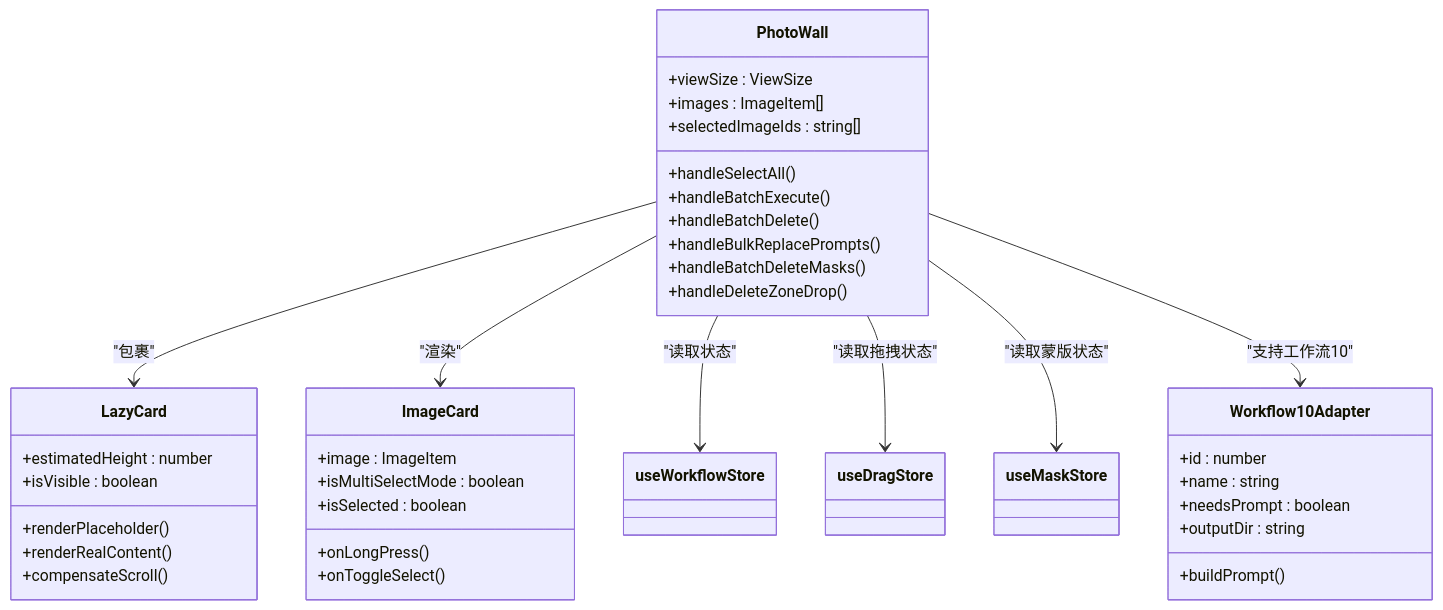
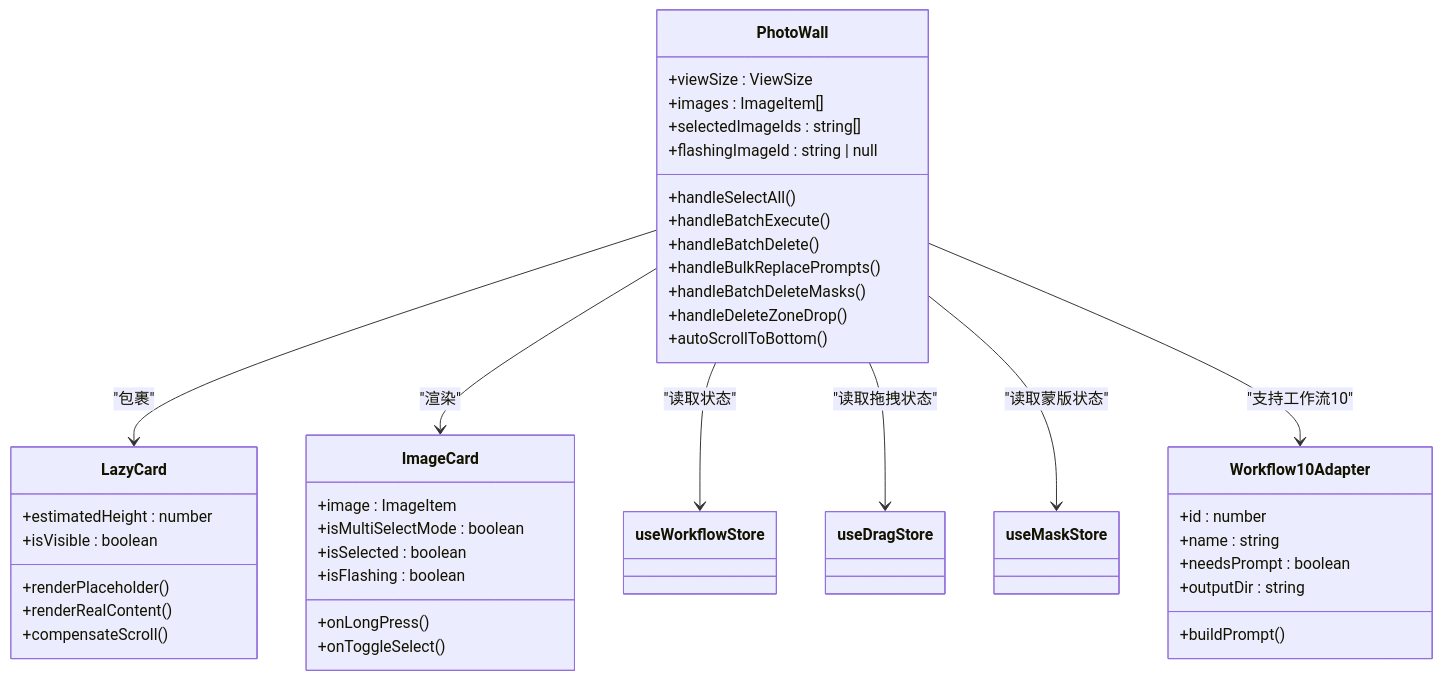
The fourth of 11 diagrams in .qoder/repowiki/zh/content/用户界面组件/核心界面组件/图片墙组件 (PhotoWall).md (billye220670/CorineKit_Pix2Real), drawn with Mermaid before and after one commit. The commit also changed other lines of this file and 10 other files, not shown here.

Commit message:
feat: LoRA触发词右键上下文菜单与未使用检测 - 新增PromptContextMenu多层级右键菜单组件 - 移除侧边栏LoRA触发词文本显示，改为未使用时黄色警告图标 - 提示词输入框右键弹出菜单，支持插入LoRA触发词和标签分类数据 - Text2ImgSidebar和ZITSidebar同步更新

````diff
--- a/.qoder/repowiki/zh/content/用户界面组件/核心界面组件/图片墙组件 (PhotoWall).md
+++ b/.qoder/repowiki/zh/content/用户界面组件/核心界面组件/图片墙组件 (PhotoWall).md
@@ -209,41 +221,44 @@
 ```mermaid
 classDiagram
 class PhotoWall {
 +viewSize : ViewSize
 +images : ImageItem[]
 +selectedImageIds : string[]
++flashingImageId : string | null
 +handleSelectAll()
 +handleBatchExecute()
 +handleBatchDelete()
 +handleBulkReplacePrompts()
 +handleBatchDeleteMasks()
 +handleDeleteZoneDrop()
++autoScrollToBottom()
 }
 class LazyCard {
 +estimatedHeight : number
 +isVisible : boolean
 +renderPlaceholder()
 +renderRealContent()
 +compensateScroll()
 }
 class ImageCard {
 +image : ImageItem
 +isMultiSelectMode : boolean
 +isSelected : boolean
++isFlashing : boolean
 +onLongPress()
 +onToggleSelect()
 }
 class Workflow10Adapter {
 +id : number
 +name : string
 +needsPrompt : boolean
 +outputDir : string
 +buildPrompt()
 }
 PhotoWall --> LazyCard : "包裹"
 PhotoWall --> ImageCard : "渲染"
 PhotoWall --> useWorkflowStore : "读取状态"
 PhotoWall --> useDragStore : "读取拖拽状态"
 PhotoWall --> useMaskStore : "读取蒙版状态"
 PhotoWall --> Workflow10Adapter : "支持工作流10"
 ```
````
